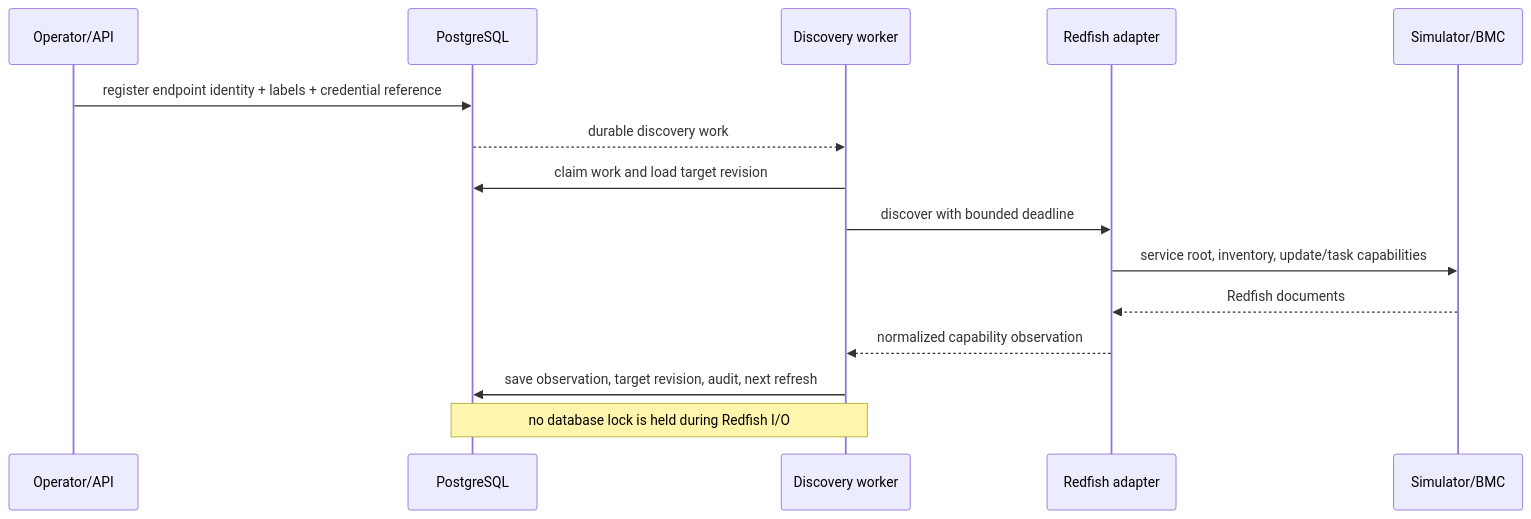
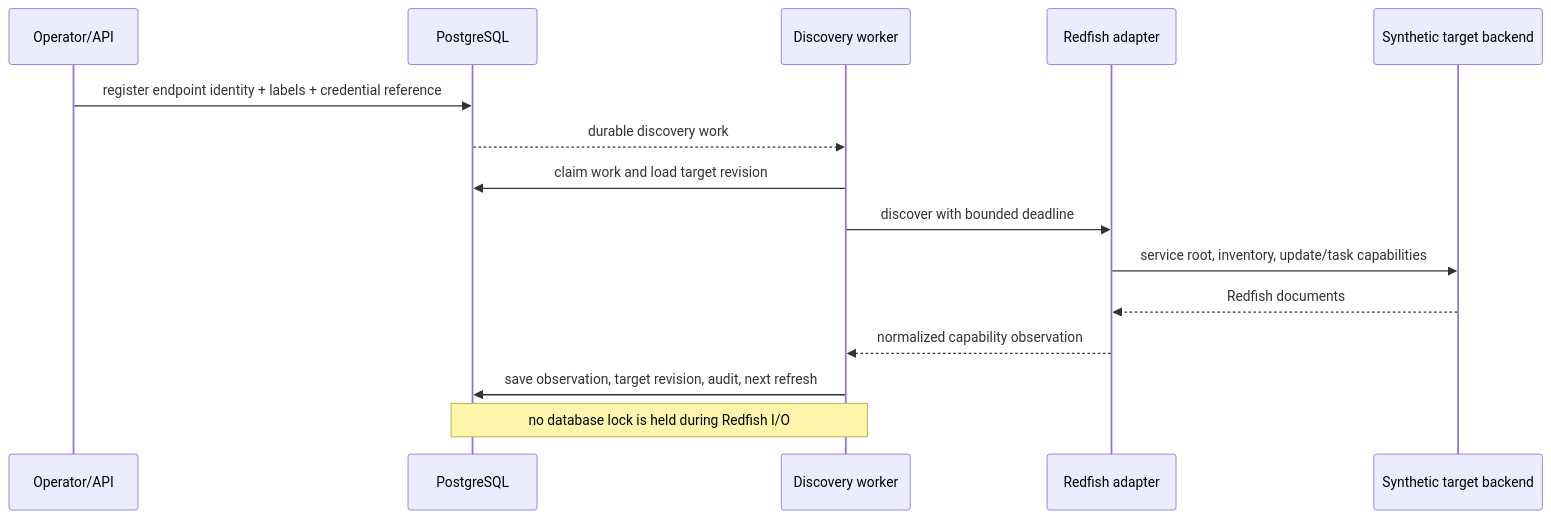
Before and after one commit to parth10-05/FleetForge: the diagram in docs/implementation-plan/05-target-inventory-and-preflight.md, drawn with Mermaid. The commit also changed other lines of this file and 64 other files, not shown here.

Commit message:
docs: align architecture with synthetic target backend

````diff
--- a/docs/implementation-plan/05-target-inventory-and-preflight.md
+++ b/docs/implementation-plan/05-target-inventory-and-preflight.md
@@ -24,18 +24,18 @@
 ```mermaid
 sequenceDiagram
   participant O as Operator/API
   participant DB as PostgreSQL
   participant W as Discovery worker
   participant R as Redfish adapter
-  participant B as Simulator/BMC
+  participant B as Synthetic target backend
 
   O->>DB: register endpoint identity + labels + credential reference
   DB-->>W: durable discovery work
   W->>DB: claim work and load target revision
   W->>R: discover with bounded deadline
   R->>B: service root, inventory, update/task capabilities
   B-->>R: Redfish documents
   R-->>W: normalized capability observation
   W->>DB: save observation, target revision, audit, next refresh
   Note over W,DB: no database lock is held during Redfish I/O
 ```
````
